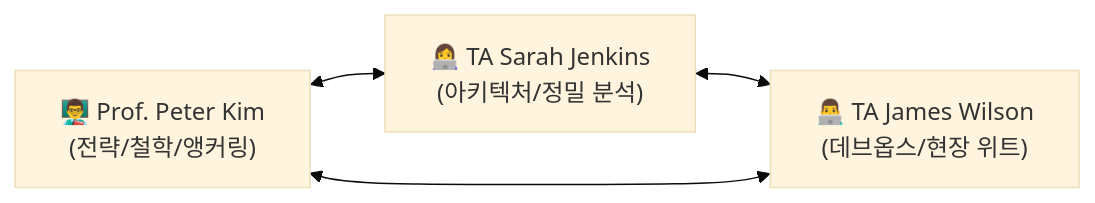
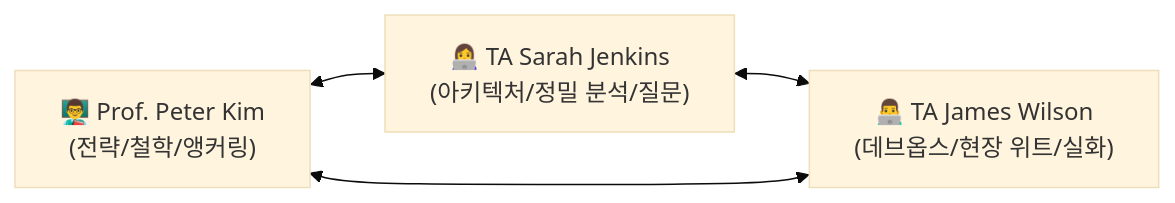
Before and after one commit to kecfai7/oikos-lecture-app: the first of 2 diagrams in design_oikos.md, drawn with Mermaid (base theme). The commit also changed other lines of this file, not shown here.

````diff
--- a/design_oikos.md
+++ b/design_oikos.md
@@ -23,6 +23,6 @@
 ```mermaid
 graph LR
-    P["👨‍🏫 Prof. Peter Kim<br/>(전략/철학/앵커링)"] <--> S["👩‍💻 TA Sarah Jenkins<br/>(아키텍처/정밀 분석)"]
-    S <--> J["👨‍💻 TA James Wilson<br/>(데브옵스/현장 위트)"]
+    P["👨‍🏫 Prof. Peter Kim<br/>(전략/철학/앵커링)"] <--> S["👩‍💻 TA Sarah Jenkins<br/>(아키텍처/정밀 분석/질문)"]
+    S <--> J["👨‍💻 TA James Wilson<br/>(데브옵스/현장 위트/실화)"]
     J <--> P
 ```
````
